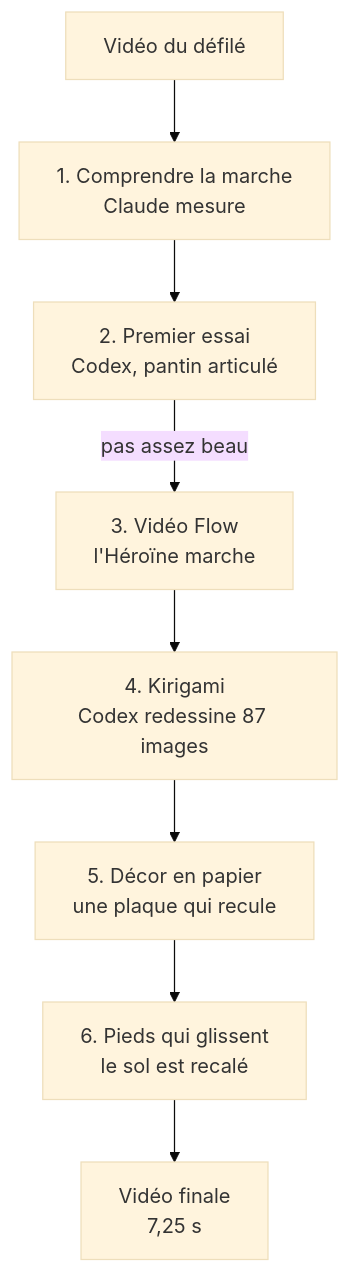
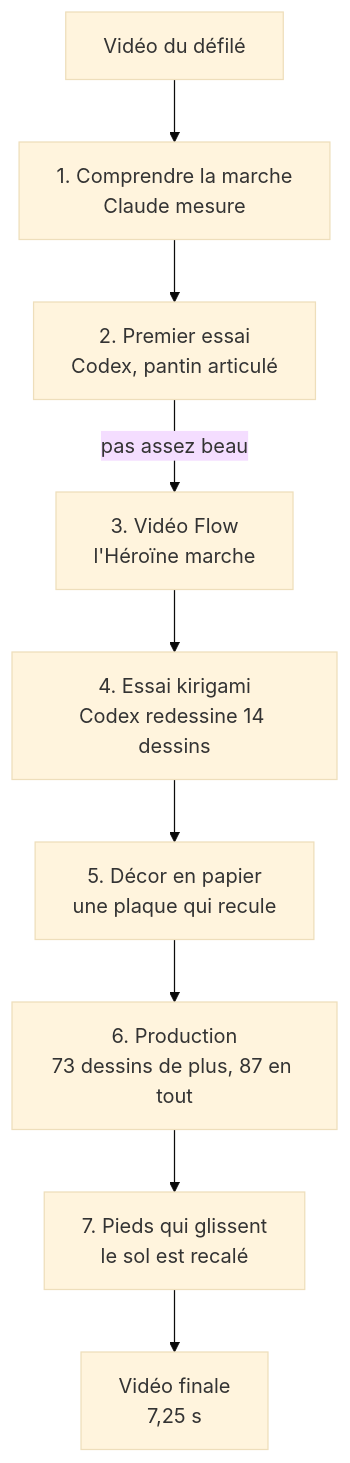
One commit to Bakann/faire-defiler-une-heroine changed the diagram in README.md. Above: the diagram before and after it, drawn with Mermaid (base theme). The commit also changed other lines of this file and 24 other files, not shown here.

First line of the commit message:
Corriger le récit et les images après la revue de Codex

````diff
--- a/README.md
+++ b/README.md
@@ -40,10 +40,11 @@
 ```mermaid
 flowchart TB
     V["Vidéo du défilé"] --> A["1. Comprendre la marche<br/>Claude mesure"]
     A --> P["2. Premier essai<br/>Codex, pantin articulé"]
     P -->|"pas assez beau"| F["3. Vidéo Flow<br/>l'Héroïne marche"]
-    F --> K["4. Kirigami<br/>Codex redessine 87 images"]
+    F --> K["4. Essai kirigami<br/>Codex redessine 14 dessins"]
     K --> D["5. Décor en papier<br/>une plaque qui recule"]
-    D --> S["6. Pieds qui glissent<br/>le sol est recalé"]
+    D --> K2["6. Production<br/>73 dessins de plus, 87 en tout"]
+    K2 --> S["7. Pieds qui glissent<br/>le sol est recalé"]
     S --> R["Vidéo finale<br/>7,25 s"]
 ```
````
